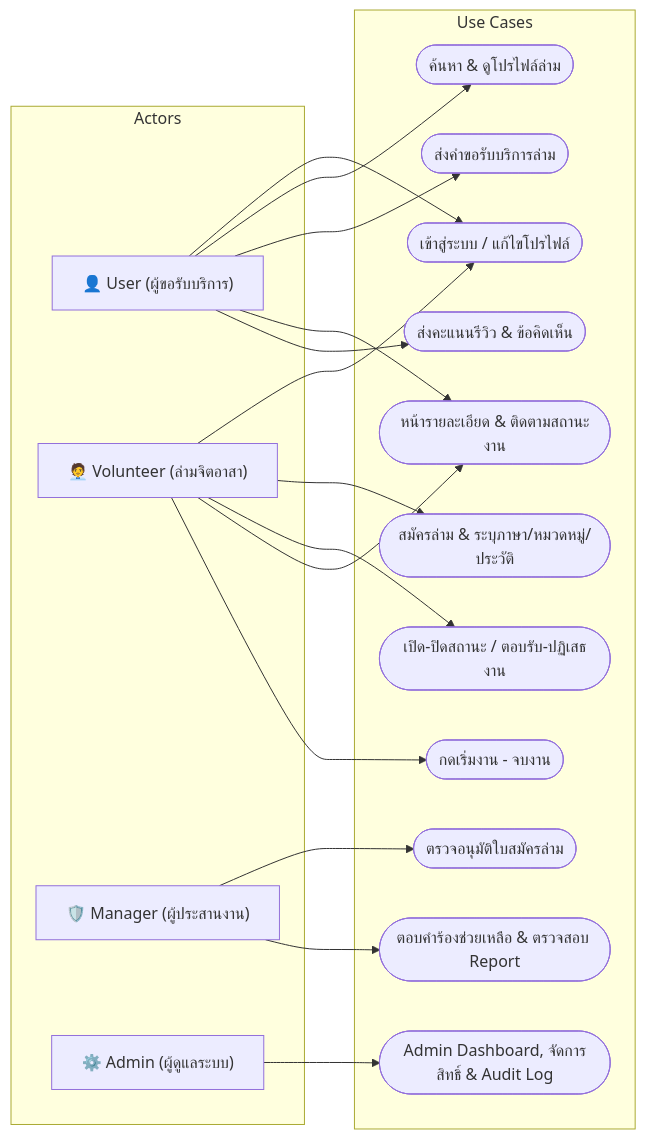
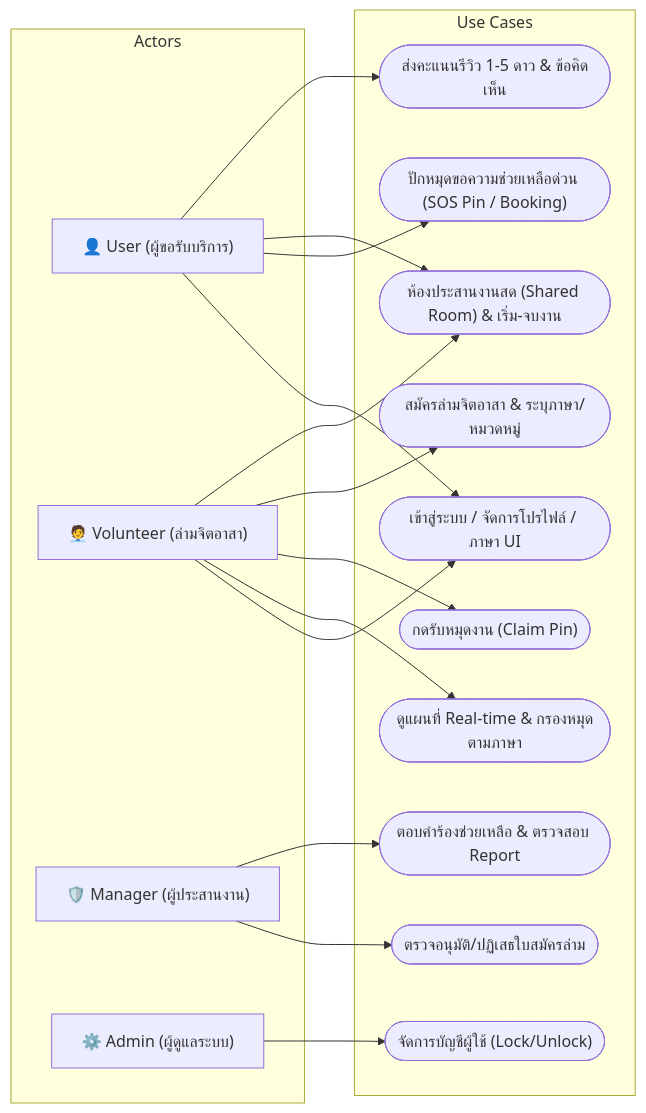
The first of 3 diagrams in detail.md (OnisawanO/khvi-helper), drawn with Mermaid before and after one commit. The commit also changed other lines of this file, not shown here.

Commit message:
docs: update system design and specification for map-based SOS volunteer interpreter platform

````diff
--- a/detail.md
+++ b/detail.md
@@ -94,40 +96,38 @@
 ```mermaid
 flowchart LR
     subgraph Actors
         U["👤 User (ผู้ขอรับบริการ)"]
         V["🧑‍💼 Volunteer (ล่ามจิตอาสา)"]
         M["🛡️ Manager (ผู้ประสานงาน)"]
         A["⚙️ Admin (ผู้ดูแลระบบ)"]
     end
 
     subgraph "Use Cases"
-        UC1(["เข้าสู่ระบบ / แก้ไขโปรไฟล์"])
-        UC2(["ค้นหา & ดูโปรไฟล์ล่าม"])
-        UC3(["ส่งคำขอรับบริการล่าม"])
-        UC4(["สมัครล่าม & ระบุภาษา/หมวดหมู่/ประวัติ"])
-        UC5(["เปิด-ปิดสถานะ / ตอบรับ-ปฏิเสธงาน"])
-        UC6(["หน้ารายละเอียด & ติดตามสถานะงาน"])
-        UC7(["กดเริ่มงาน - จบงาน"])
-        UC8(["ส่งคะแนนรีวิว & ข้อคิดเห็น"])
-        UC9(["ตรวจอนุมัติใบสมัครล่าม"])
-        UC10(["ตอบคำร้องช่วยเหลือ & ตรวจสอบ Report"])
-        UC11(["Admin Dashboard, จัดการสิทธิ์ & Audit Log"])
+        UC1(["เข้าสู่ระบบ / จัดการโปรไฟล์ / ภาษา UI"])
+        UC2(["ปักหมุดขอความช่วยเหลือด่วน (SOS Pin / Booking)"])
+        UC3(["ดูแผนที่ Real-time & กรองหมุดตามภาษา"])
+        UC4(["กดรับหมุดงาน (Claim Pin)"])
+        UC5(["สมัครล่ามจิตอาสา & ระบุภาษา/หมวดหมู่"])
+        UC6(["ห้องประสานงานสด (Shared Room) & เริ่ม-จบงาน"])
+        UC7(["ส่งคะแนนรีวิว 1-5 ดาว & ข้อคิดเห็น"])
+        UC8(["ตรวจอนุมัติ/ปฏิเสธใบสมัครล่าม"])
+        UC9(["ตอบคำร้องช่วยเหลือ & ตรวจสอบ Report"])
+        UC10(["จัดการบัญชีผู้ใช้ (Lock/Unlock)"])
     end
 
     U --> UC1
     U --> UC2
-    U --> UC3
     U --> UC6
-    U --> UC8
+    U --> UC7
 
     V --> UC1
+    V --> UC3
     V --> UC4
     V --> UC5
     V --> UC6
-    V --> UC7
 
+    M --> UC8
     M --> UC9
-    M --> UC10
 
-    A --> UC11
+    A --> UC10
 ```
````
